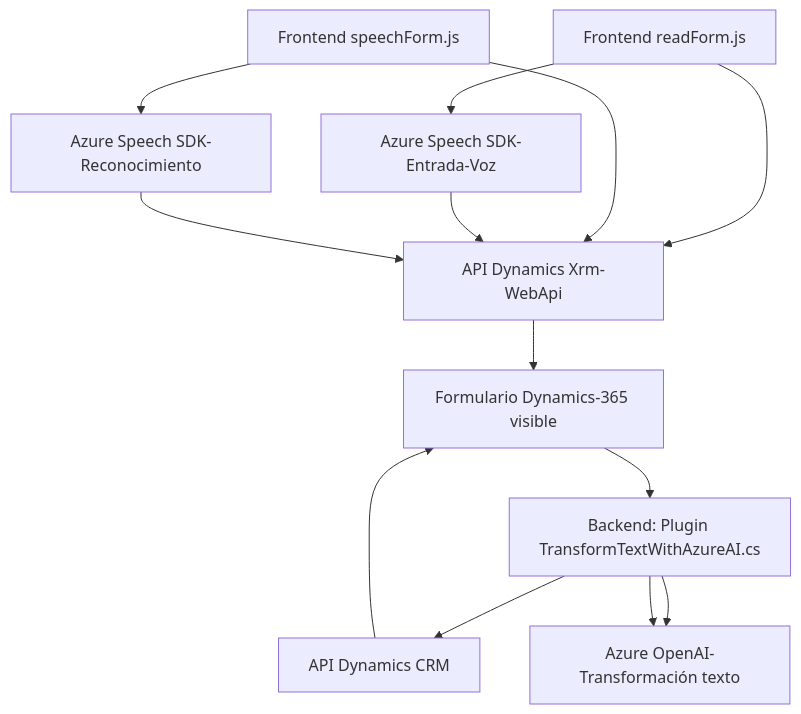
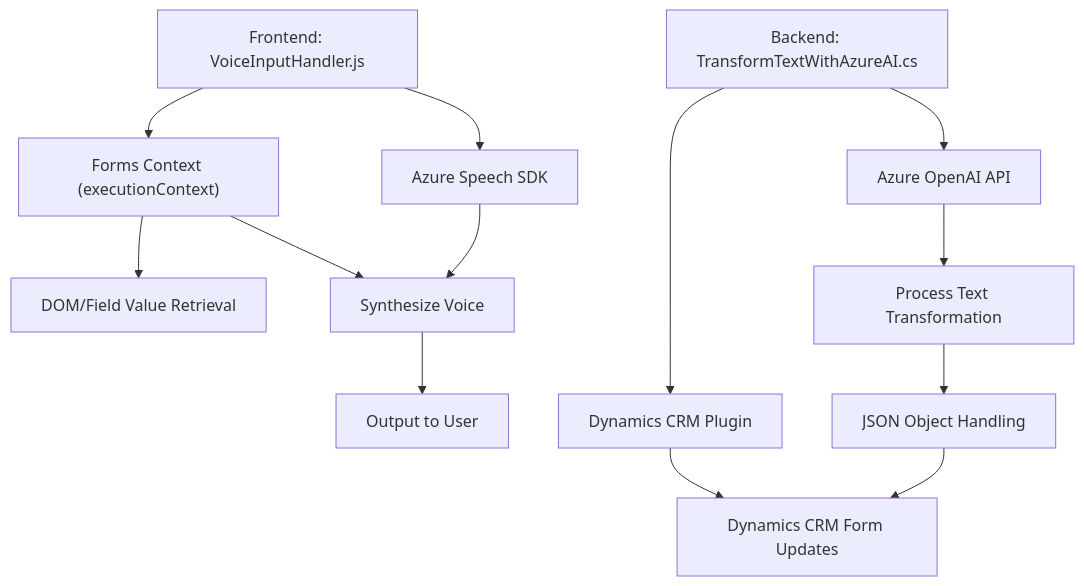
The diagram in README.md (blopezdm/NETCORE_BILBAO2025), drawn with Mermaid before and after one commit. The commit also changed other lines of this file, not shown here.

````diff
--- a/README.md
+++ b/README.md
@@ -51,18 +53,16 @@
 ```mermaid
 graph TD
-A["Frontend readForm.js"] --> B["Azure Speech SDK-Entrada-Voz"]
-A --> C["API Dynamics Xrm-WebApi"]
-C --> D["Formulario Dynamics-365 visible"]
-
-E["Frontend speechForm.js"] --> C
-E --> F["Azure Speech SDK-Reconocimiento"]
-
-G["Backend: Plugin TransformTextWithAzureAI.cs"] --> H["API Dynamics CRM"]
-G --> I["Azure OpenAI-Transformación texto"]
-
-B --> C
-F --> C
-H --> D
-D --> G
-G --> I
+    A["Frontend: VoiceInputHandler.js"] --> B["Azure Speech SDK"]
+    A --> C["Forms Context (executionContext)"]
+    C --> D["DOM/Field Value Retrieval"]
+    B --> E["Synthesize Voice"]
+    C --> E
+    E --> F["Output to User"]
+    
+    G["Backend: TransformTextWithAzureAI.cs"] --> H["Dynamics CRM Plugin"]
+    G --> I["Azure OpenAI API"]
+    I --> J["Process Text Transformation"]
+    J --> K["JSON Object Handling"]
+    K --> L["Dynamics CRM Form Updates"]
+    H --> L
 ```
````
